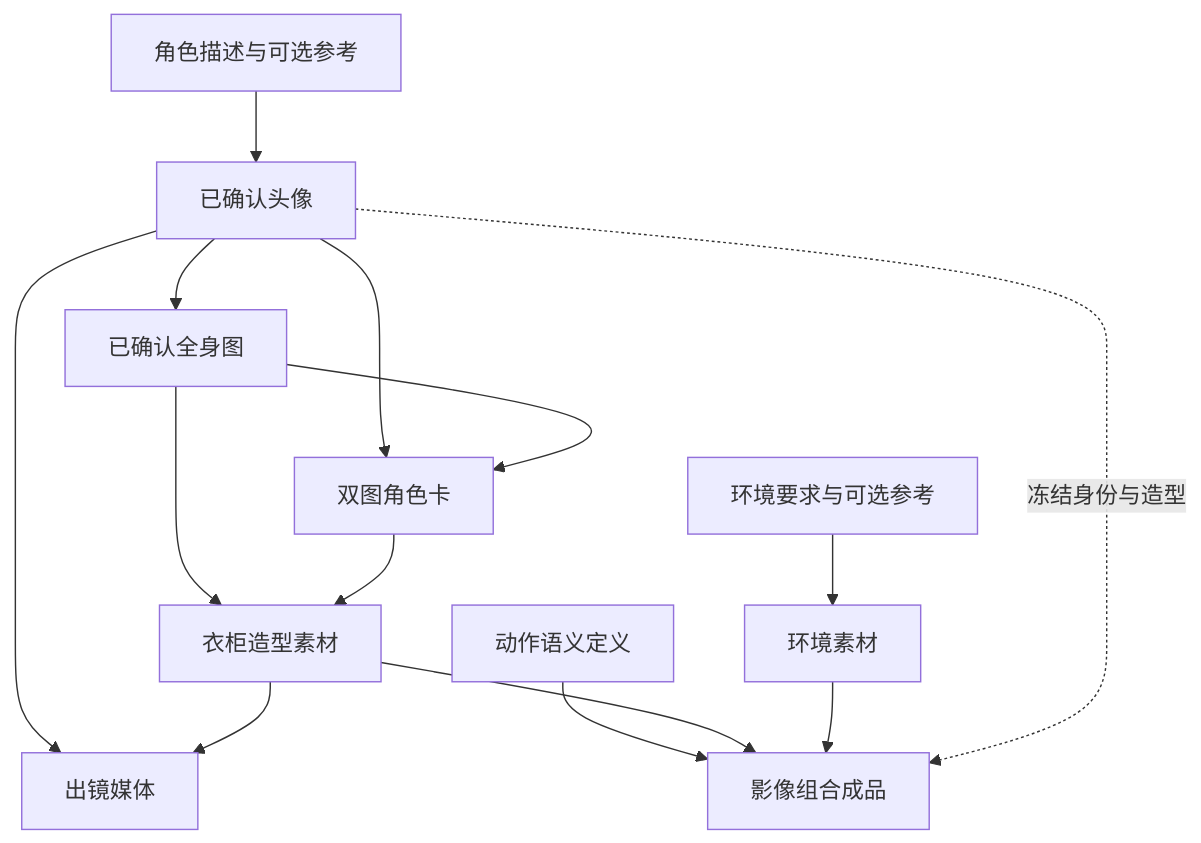
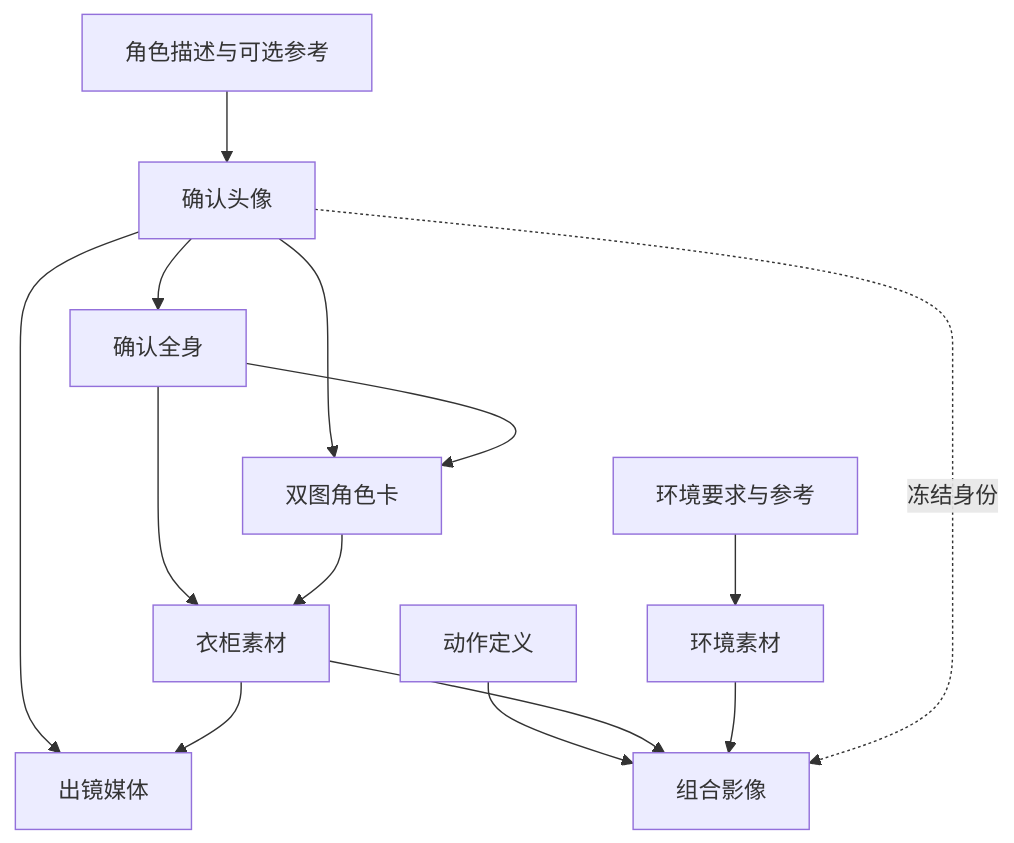
One commit to yangjinming1062/SpiritAgent changed the diagram in docs/PIPELINE.md. Above: the diagram before and after it, drawn with Mermaid. The commit also changed other lines of this file and 36 other files, not shown here.

````diff
--- a/docs/PIPELINE.md
+++ b/docs/PIPELINE.md
@@ -7,16 +7,16 @@
 ```mermaid
 flowchart TD
-    Input[角色描述与可选参考] --> Avatar[已确认头像]
-    Avatar --> Full[已确认全身图]
+    Input[角色描述与可选参考] --> Avatar[确认头像]
+    Avatar --> Full[确认全身]
     Avatar --> Card[双图角色卡]
     Full --> Card
-    Full --> Outfit[衣柜造型素材]
+    Full --> Outfit[衣柜素材]
     Card --> Outfit
     Avatar --> SelfMedia[出镜媒体]
     Outfit --> SelfMedia
-    Environment[环境要求与可选参考] --> Scene[环境素材]
-    Action[动作语义定义] --> Visual[影像组合成品]
+    Environment[环境要求与参考] --> Scene[环境素材]
+    Action[动作定义] --> Visual[组合影像]
     Outfit --> Visual
     Scene --> Visual
-    Avatar -.冻结身份与造型.-> Visual
+    Avatar -.冻结身份.-> Visual
 ```
````
